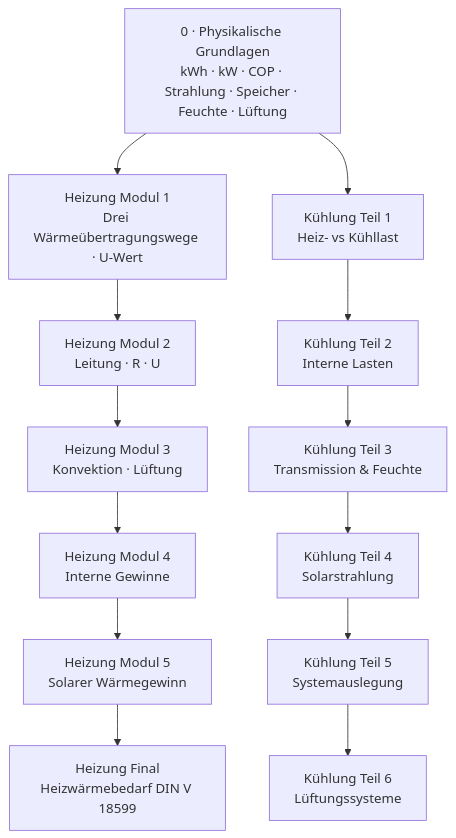
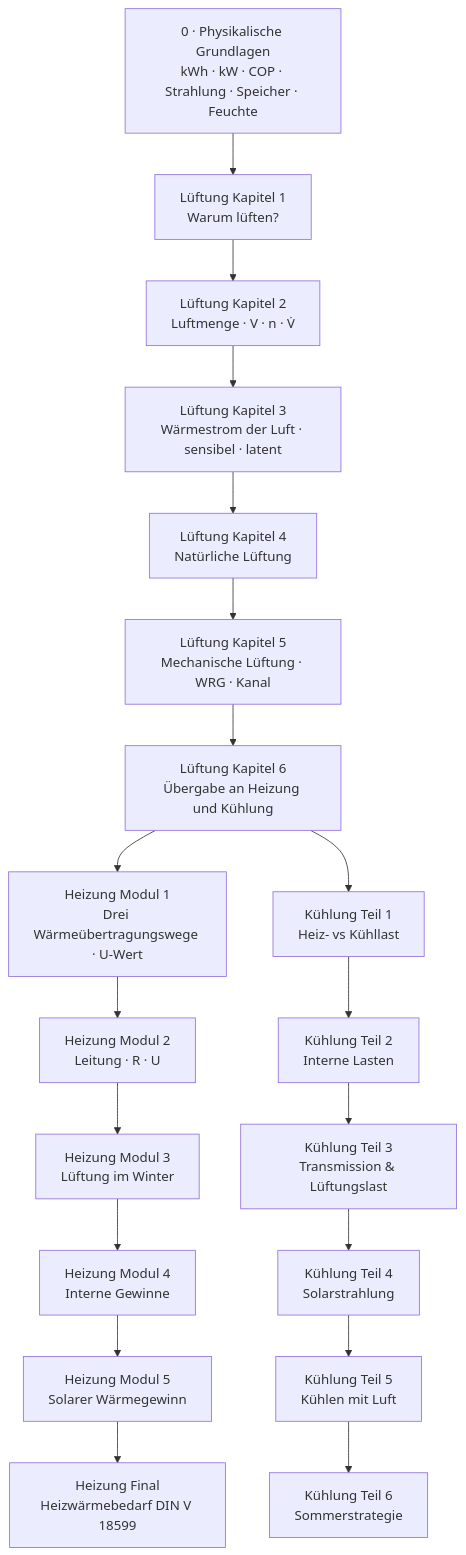
The diagram in tutorial/energy/demand/KONZEPTE_UND_FORMELN.md (usalu/semio), drawn with Mermaid before and after one commit. The commit also changed other lines of this file and 47 other files, not shown here.

````diff
--- a/tutorial/energy/demand/KONZEPTE_UND_FORMELN.md
+++ b/tutorial/energy/demand/KONZEPTE_UND_FORMELN.md
@@ -10,19 +10,26 @@
 ```mermaid
 flowchart TB
-    PF["0 · Physikalische Grundlagen<br/>kWh · kW · COP · Strahlung · Speicher · Feuchte · Lüftung"]
+    PF["0 · Physikalische Grundlagen<br/>kWh · kW · COP · Strahlung · Speicher · Feuchte"]
+    V1["Lüftung Kapitel 1<br/>Warum lüften?"]
+    V2["Lüftung Kapitel 2<br/>Luftmenge · V · n · V̇"]
+    V3["Lüftung Kapitel 3<br/>Wärmestrom der Luft · sensibel · latent"]
+    V4["Lüftung Kapitel 4<br/>Natürliche Lüftung"]
+    V5["Lüftung Kapitel 5<br/>Mechanische Lüftung · WRG · Kanal"]
+    V6["Lüftung Kapitel 6<br/>Übergabe an Heizung und Kühlung"]
     H1["Heizung Modul 1<br/>Drei Wärmeübertragungswege · U-Wert"]
     H2["Heizung Modul 2<br/>Leitung · R · U"]
-    H3["Heizung Modul 3<br/>Konvektion · Lüftung"]
+    H3["Heizung Modul 3<br/>Lüftung im Winter"]
     H4["Heizung Modul 4<br/>Interne Gewinne"]
     H5["Heizung Modul 5<br/>Solarer Wärmegewinn"]
     HF["Heizung Final<br/>Heizwärmebedarf DIN V 18599"]
     C1["Kühlung Teil 1<br/>Heiz- vs Kühllast"]
     C2["Kühlung Teil 2<br/>Interne Lasten"]
-    C3["Kühlung Teil 3<br/>Transmission & Feuchte"]
+    C3["Kühlung Teil 3<br/>Transmission & Lüftungslast"]
     C4["Kühlung Teil 4<br/>Solarstrahlung"]
-    C5["Kühlung Teil 5<br/>Systemauslegung"]
-    C6["Kühlung Teil 6<br/>Lüftungssysteme"]
+    C5["Kühlung Teil 5<br/>Kühlen mit Luft"]
+    C6["Kühlung Teil 6<br/>Sommerstrategie"]
 
-    PF --> H1 --> H2 --> H3 --> H4 --> H5 --> HF
-    PF --> C1 --> C2 --> C3 --> C4 --> C5 --> C6
+    PF --> V1 --> V2 --> V3 --> V4 --> V5 --> V6
+    V6 --> H1 --> H2 --> H3 --> H4 --> H5 --> HF
+    V6 --> C1 --> C2 --> C3 --> C4 --> C5 --> C6
 ```
````
